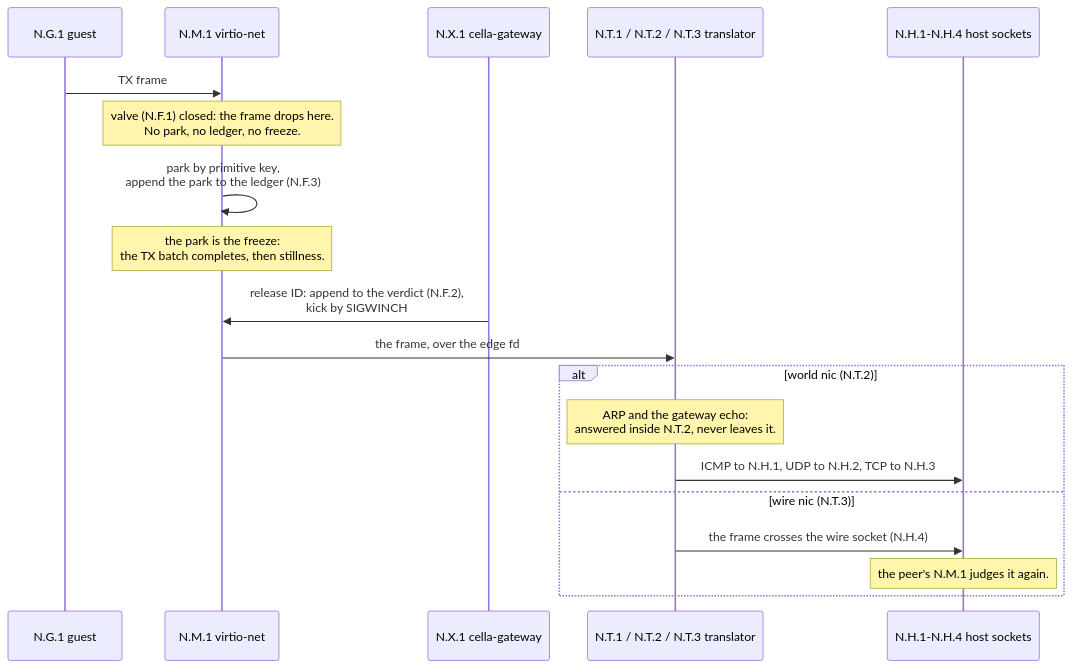
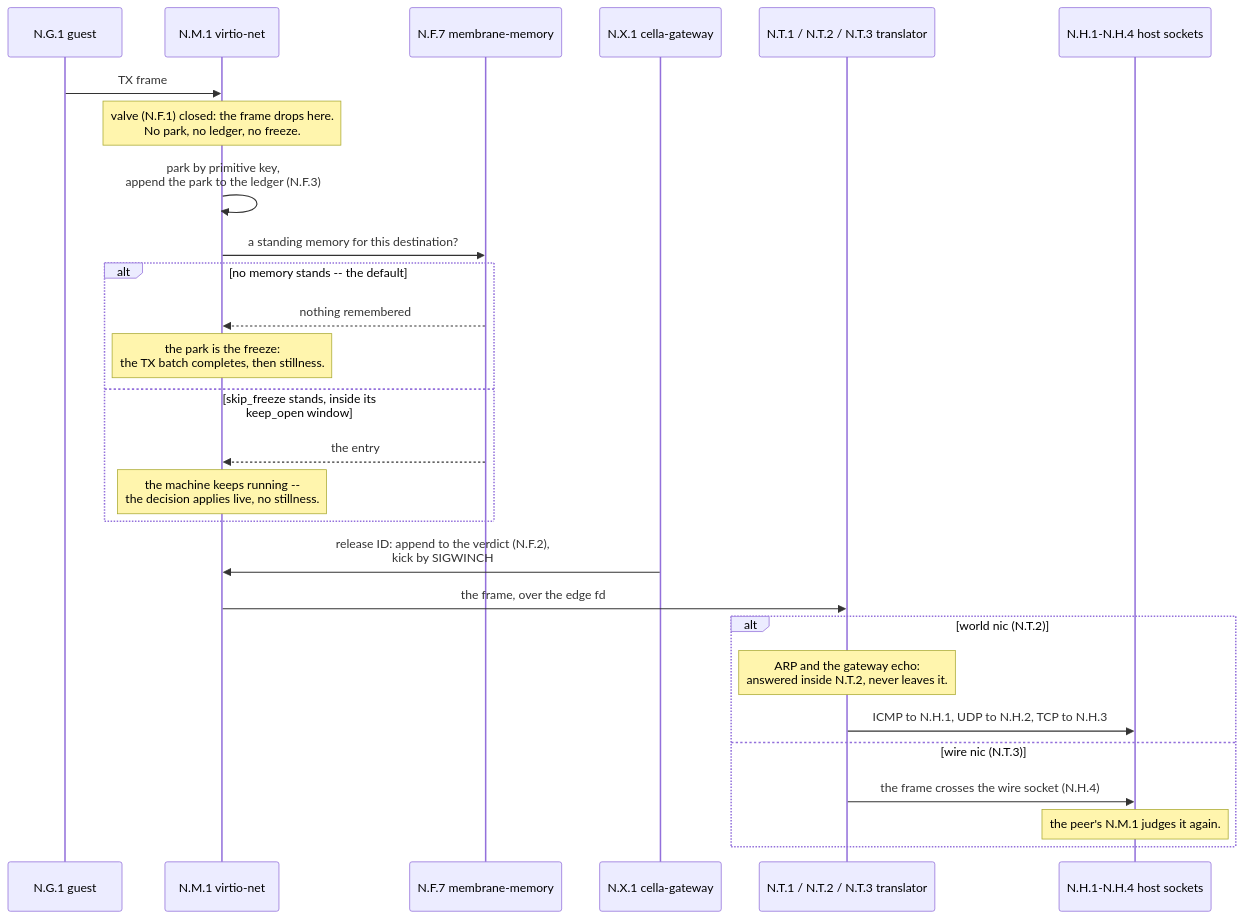
One commit to omne-earth/cella changed the sixth of 8 diagrams in docs/NETWORK-MODEL.md. Above: the diagram before and after it, drawn with Mermaid. The commit also changed other lines of this file and 7 other files, not shown here.

Commit message:
State the membrane-memory law: N.F.7, the gRPC-only seam, and the mm gate contract

````diff
--- a/docs/NETWORK-MODEL.md
+++ b/docs/NETWORK-MODEL.md
@@ -199,21 +234,29 @@
 ```mermaid
 sequenceDiagram
     participant G1 as N.G.1 guest
     participant M1 as N.M.1 virtio-net
+    participant F7 as N.F.7 membrane-memory
     participant X1 as N.X.1 cella-gateway
     participant T1 as N.T.1 / N.T.2 / N.T.3 translator
     participant H as N.H.1-N.H.4 host sockets
     G1->>M1: TX frame
     Note over M1: valve (N.F.1) closed: the frame drops here.<br/>No park, no ledger, no freeze.
     M1->>M1: park by primitive key,<br/>append the park to the ledger (N.F.3)
-    Note over M1: the park is the freeze:<br/>the TX batch completes, then stillness.
+    M1->>F7: a standing memory for this destination?
+    alt no memory stands -- the default
+        F7-->>M1: nothing remembered
+        Note over M1: the park is the freeze:<br/>the TX batch completes, then stillness.
+    else skip_freeze stands, inside its keep_open window
+        F7-->>M1: the entry
+        Note over M1: the machine keeps running --<br/>the decision applies live, no stillness.
+    end
     X1->>M1: release ID: append to the verdict (N.F.2),<br/>kick by SIGWINCH
     M1->>T1: the frame, over the edge fd
     alt world nic (N.T.2)
         Note over T1: ARP and the gateway echo:<br/>answered inside N.T.2, never leaves it.
         T1->>H: ICMP to N.H.1, UDP to N.H.2, TCP to N.H.3
     else wire nic (N.T.3)
         T1->>H: the frame crosses the wire socket (N.H.4)
         Note over H: the peer's N.M.1 judges it again.
     end
 ```
````
